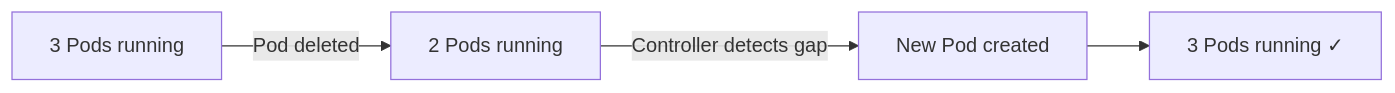
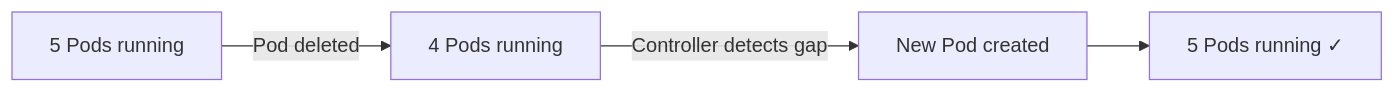
Before and after one commit to Antoine-Flo/kube-mastery: the second of 2 diagrams in src/courses/modules/workloads/03-replicasets/03-creating-replicaset/en/content.md, drawn with Mermaid. The commit also changed other lines of this file and 113 other files, not shown here.

````diff
--- a/src/courses/modules/workloads/03-replicasets/03-creating-replicaset/en/content.md
+++ b/src/courses/modules/workloads/03-replicasets/03-creating-replicaset/en/content.md
@@ -158,6 +146,6 @@
 ```mermaid
 flowchart LR
-    A["3 Pods running"] -->|"Pod deleted"| B["2 Pods running"]
+    A["5 Pods running"] -->|"Pod deleted"| B["4 Pods running"]
     B -->|"Controller detects gap"| C["New Pod created"]
-    C --> D["3 Pods running ✓"]
+    C --> D["5 Pods running ✓"]
 ```
````
